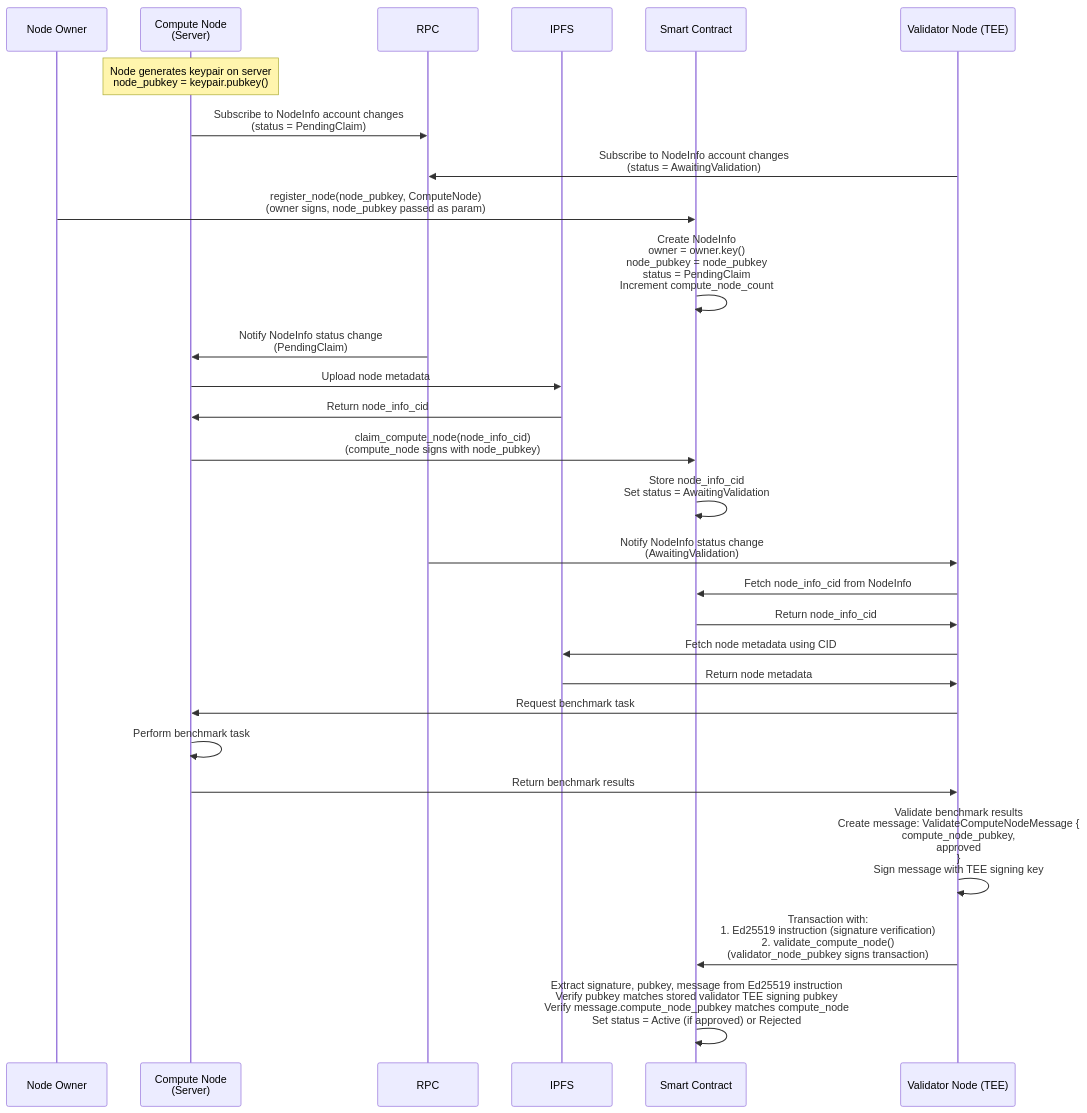
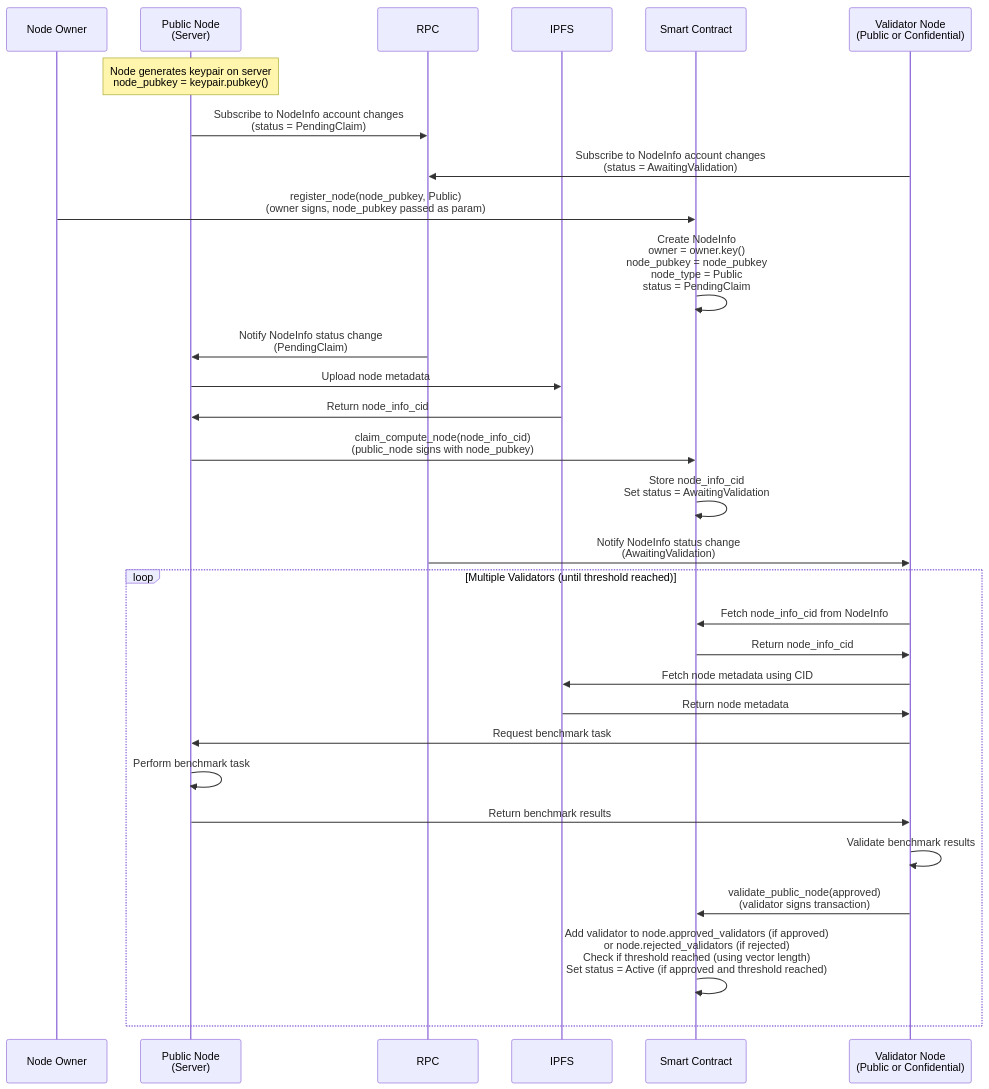
The third of 13 diagrams in docs/design.md (JorgeCosta87/decentralized-autonomous-computing), drawn with Mermaid before and after one commit. The commit also changed other lines of this file and 1 other file, not shown here.

````diff
--- a/docs/design.md
+++ b/docs/design.md
@@ -212,39 +242,41 @@
 ```mermaid
 sequenceDiagram
     participant Owner as Node Owner
-    participant CN as Compute Node<br/>(Server)
+    participant PN as Public Node<br/>(Server)
     participant RPC as RPC
     participant IPFS as IPFS
     participant DAC as Smart Contract
-    participant VN as Validator Node (TEE)
+    participant VN as Validator Node<br/>(Public or Confidential)
     
-    Note over CN: Node generates keypair on server<br/>node_pubkey = keypair.pubkey()
-    CN->>RPC: Subscribe to NodeInfo account changes<br/>(status = PendingClaim)
+    Note over PN: Node generates keypair on server<br/>node_pubkey = keypair.pubkey()
+    PN->>RPC: Subscribe to NodeInfo account changes<br/>(status = PendingClaim)
     VN->>RPC: Subscribe to NodeInfo account changes<br/>(status = AwaitingValidation)
     
-    Owner->>DAC: register_node(node_pubkey, ComputeNode)<br/>(owner signs, node_pubkey passed as param)
-    DAC->>DAC: Create NodeInfo<br/>owner = owner.key()<br/>node_pubkey = node_pubkey<br/>status = PendingClaim<br/>Increment compute_node_count
+    Owner->>DAC: register_node(node_pubkey, Public)<br/>(owner signs, node_pubkey passed as param)
+    DAC->>DAC: Create NodeInfo<br/>owner = owner.key()<br/>node_pubkey = node_pubkey<br/>node_type = Public<br/>status = PendingClaim
     
-    RPC->>CN: Notify NodeInfo status change<br/>(PendingClaim)
+    RPC->>PN: Notify NodeInfo status change<br/>(PendingClaim)
     
-    CN->>IPFS: Upload node metadata
-    IPFS->>CN: Return node_info_cid
-    CN->>DAC: claim_compute_node(node_info_cid)<br/>(compute_node signs with node_pubkey)
+    PN->>IPFS: Upload node metadata
+    IPFS->>PN: Return node_info_cid
+    PN->>DAC: claim_compute_node(node_info_cid)<br/>(public_node signs with node_pubkey)
     DAC->>DAC: Store node_info_cid<br/>Set status = AwaitingValidation
     
     RPC->>VN: Notify NodeInfo status change<br/>(AwaitingValidation)
     
-    VN->>DAC: Fetch node_info_cid from NodeInfo
-    DAC->>VN: Return node_info_cid
-    
-    VN->>IPFS: Fetch node metadata using CID
-    IPFS->>VN: Return node metadata
-    
-    VN->>CN: Request benchmark task
-    CN->>CN: Perform benchmark task
-    CN->>VN: Return benchmark results
-    
-    VN->>VN: Validate benchmark results<br/>Create message: ValidateComputeNodeMessage {<br/>  compute_node_pubkey,<br/>  approved<br/>}<br/>Sign message with TEE signing key
-    VN->>DAC: Transaction with:<br/>1. Ed25519 instruction (signature verification)<br/>2. validate_compute_node()<br/>(validator_node_pubkey signs transaction)
-    DAC->>DAC: Extract signature, pubkey, message from Ed25519 instruction<br/>Verify pubkey matches stored validator TEE signing pubkey<br/>Verify message.compute_node_pubkey matches compute_node<br/>Set status = Active (if approved) or Rejected
+    loop Multiple Validators (until threshold reached)
+        VN->>DAC: Fetch node_info_cid from NodeInfo
+        DAC->>VN: Return node_info_cid
+        
+        VN->>IPFS: Fetch node metadata using CID
+        IPFS->>VN: Return node metadata
+        
+        VN->>PN: Request benchmark task
+        PN->>PN: Perform benchmark task
+        PN->>VN: Return benchmark results
+        
+        VN->>VN: Validate benchmark results
+        VN->>DAC: validate_public_node(approved)<br/>(validator signs transaction)
+        DAC->>DAC: Add validator to node.approved_validators (if approved)<br/>or node.rejected_validators (if rejected)<br/>Check if threshold reached (using vector length)<br/>Set status = Active (if approved and threshold reached)
+    end
 ```
````
